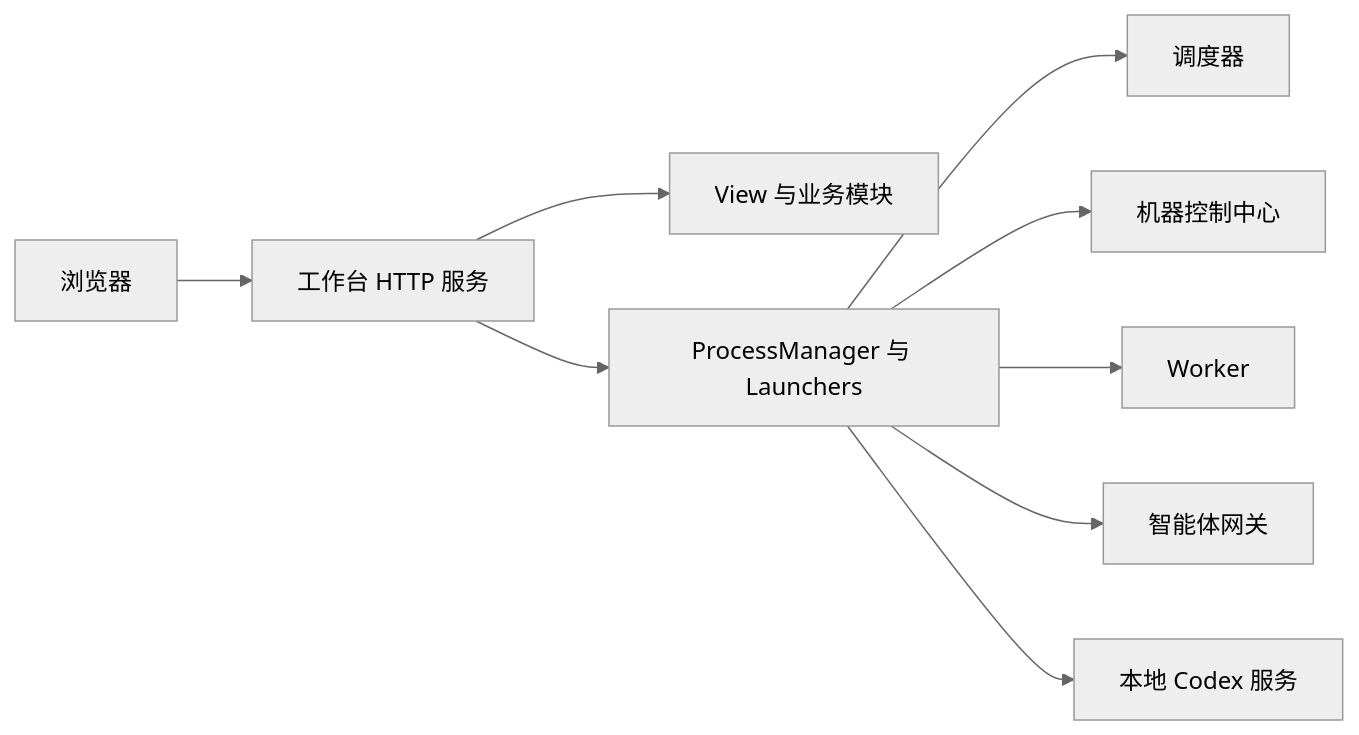
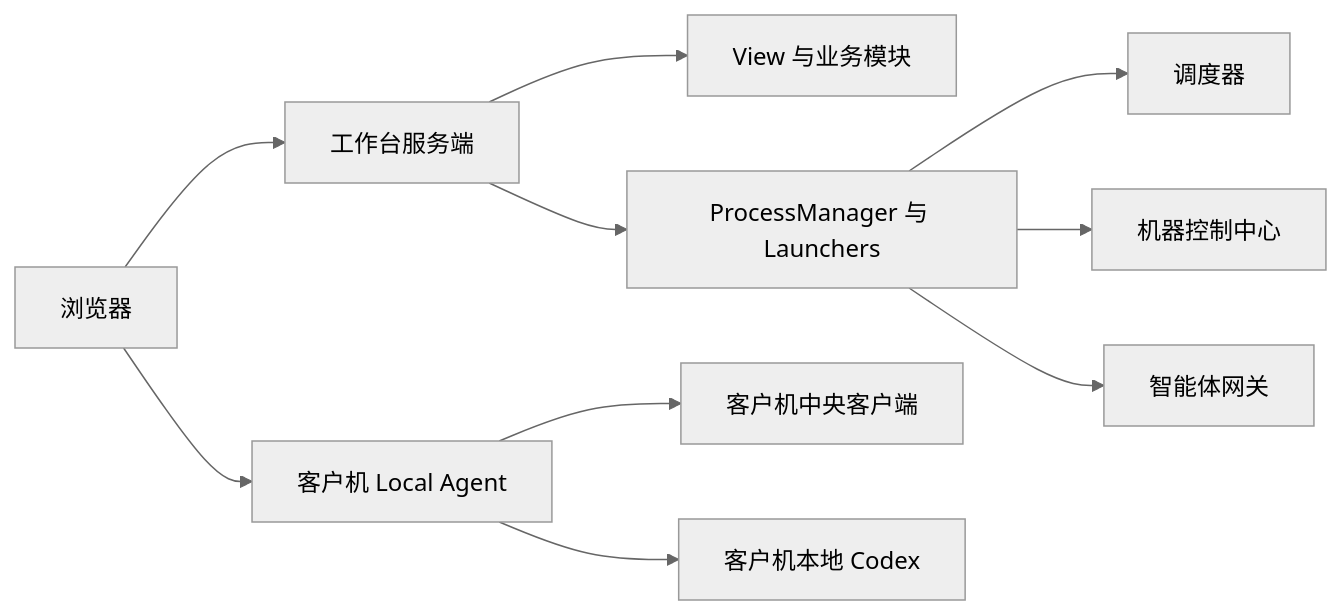
Before and after one commit to 18813004841/SelfAgent: the diagram in docs/architecture/架构总览.md, drawn with Mermaid (neutral theme). The commit also changed other lines of this file and 287 other files, not shown here.

````diff
--- a/docs/architecture/架构总览.md
+++ b/docs/architecture/架构总览.md
@@ -33,11 +36,12 @@
 ```mermaid
 flowchart LR
-    Browser[浏览器] --> Workbench[工作台 HTTP 服务]
+    Browser[浏览器] --> Workbench[工作台服务端]
+    Browser --> LocalAgent[客户机 Local Agent]
     Workbench --> Views[View 与业务模块]
     Workbench --> PM[ProcessManager 与 Launchers]
     PM --> Scheduler[调度器]
     PM --> Center[机器控制中心]
-    PM --> Worker[Worker]
+    LocalAgent --> Worker[客户机中央客户端]
     PM --> Agent[智能体网关]
-    PM --> Codex[本地 Codex 服务]
+    LocalAgent --> Codex[客户机本地 Codex]
 ```
````
